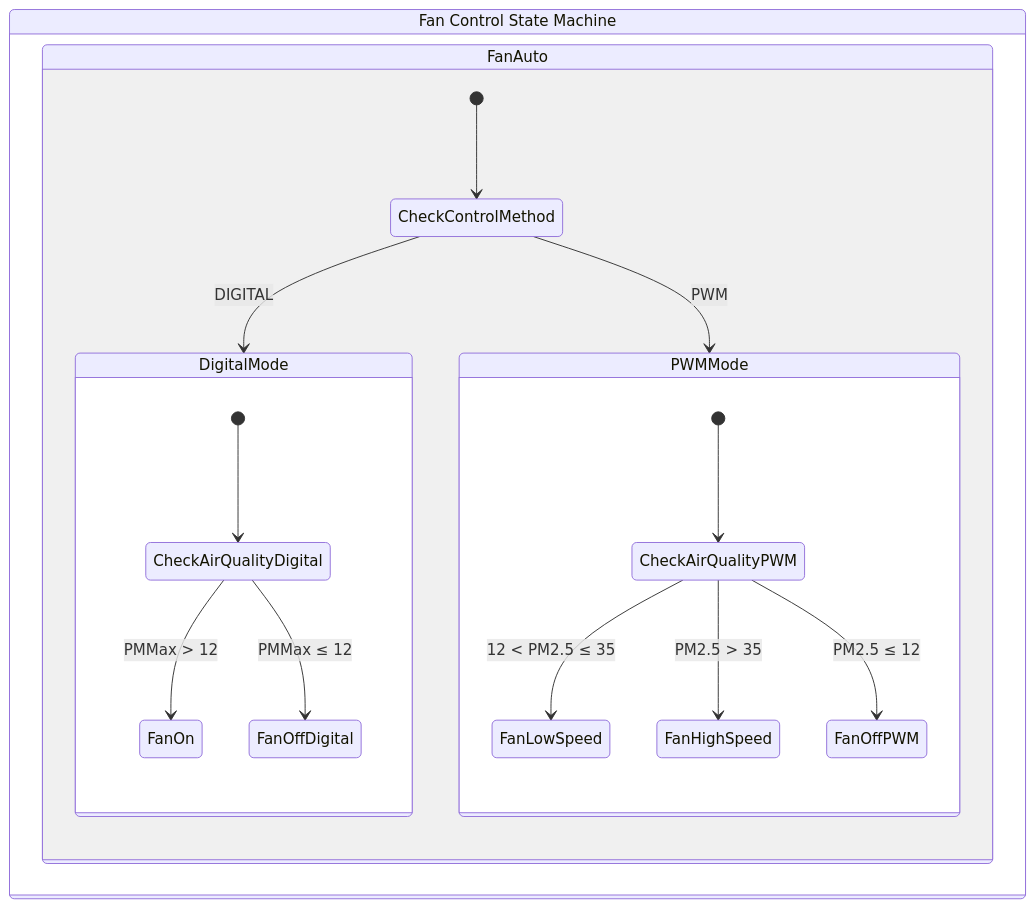
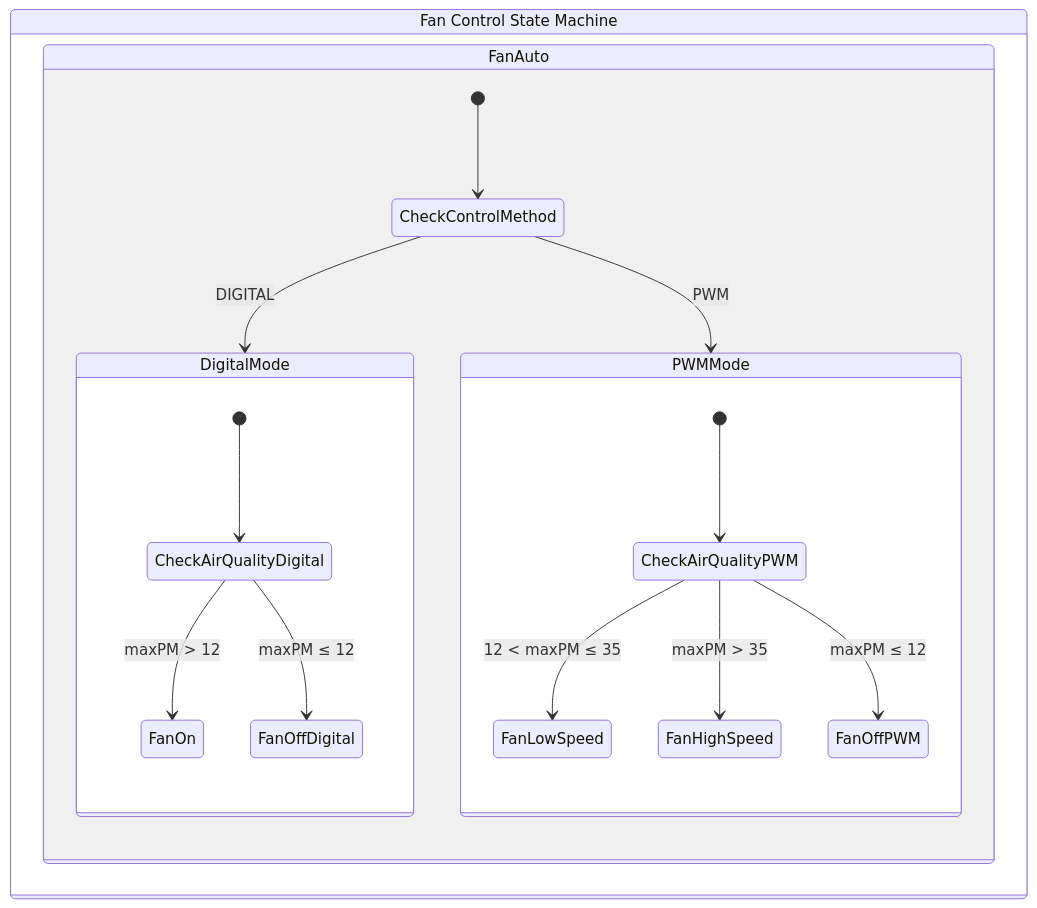
One commit to phukrit7171/esp32_air_purifier changed the fifth of 7 diagrams in README.md. Above: the diagram before and after it, drawn with Mermaid.

````diff
--- a/README.md
+++ b/README.md
@@ -171,28 +171,28 @@
 ```mermaid
 stateDiagram-v2
     %% Fan Control State Machine
     direction LR
     
     state "Fan Control State Machine" as FanSM {
 
 
         state FanAuto {
             [*] --> CheckControlMethod
             CheckControlMethod --> DigitalMode : DIGITAL
             CheckControlMethod --> PWMMode : PWM
             
             state DigitalMode {
                 [*] --> CheckAirQualityDigital
-                CheckAirQualityDigital --> FanOn : PMMax > 12
-                CheckAirQualityDigital --> FanOffDigital : PMMax ≤ 12
+                CheckAirQualityDigital --> FanOn : maxPM > 12
+                CheckAirQualityDigital --> FanOffDigital : maxPM ≤ 12
             }
             
             state PWMMode {
                 [*] --> CheckAirQualityPWM
-                CheckAirQualityPWM --> FanLowSpeed : 12 < PM2.5 ≤ 35
-                CheckAirQualityPWM --> FanHighSpeed : PM2.5 > 35
-                CheckAirQualityPWM --> FanOffPWM : PM2.5 ≤ 12
+                CheckAirQualityPWM --> FanLowSpeed : 12 < maxPM ≤ 35
+                CheckAirQualityPWM --> FanHighSpeed : maxPM > 35
+                CheckAirQualityPWM --> FanOffPWM : maxPM ≤ 12
             }
         }
     }
 ```
````
